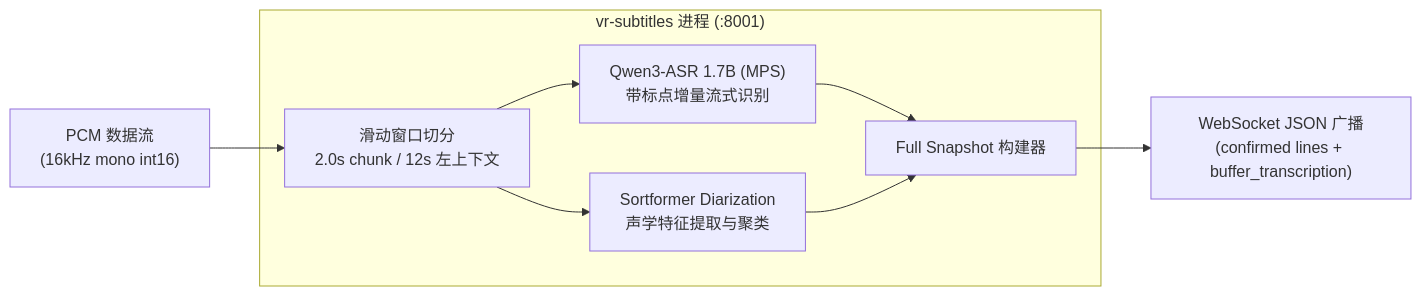
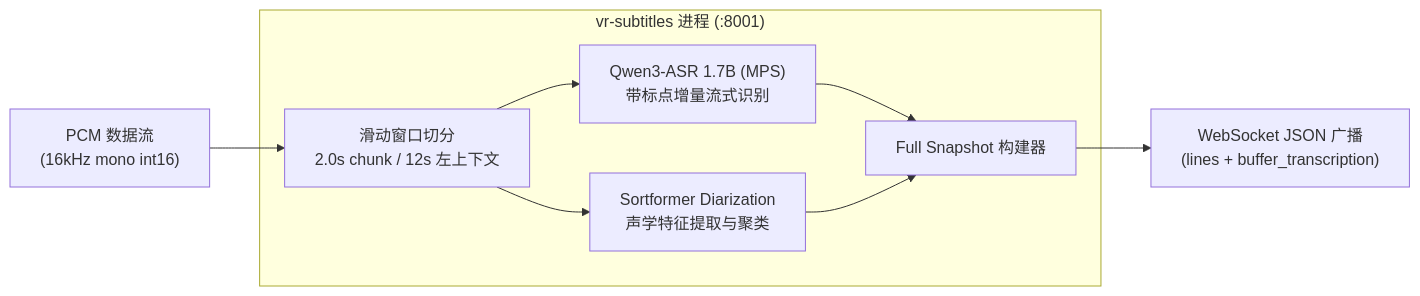
Before and after one commit to hrygo/voice-realtime: the eighth of 13 diagrams in docs/系统总体架构与详细设计方案.md, drawn with Mermaid. The commit also changed other lines of this file and 8 other files, not shown here.

Commit message:
docs(architecture): 审查校对系统总体架构方案并完善会议面板交互体验

````diff
--- a/docs/系统总体架构与详细设计方案.md
+++ b/docs/系统总体架构与详细设计方案.md
@@ -425,13 +429,13 @@
 ```mermaid
 flowchart LR
     AUDIO_IN["PCM 数据流<br/>(16kHz mono int16)"] --> SLIDE_WIN["滑动窗口切分<br/>2.0s chunk / 12s 左上下文"]
     
     subgraph VR_SUBTITLES["vr-subtitles 进程 (:8001)"]
         SLIDE_WIN --> QWEN_ASR["Qwen3-ASR 1.7B (MPS)<br/>带标点增量流式识别"]
         SLIDE_WIN --> SORTFORMER["Sortformer Diarization<br/>声学特征提取与聚类"]
         QWEN_ASR --> SNAP_BUILDER["Full Snapshot 构建器"]
         SORTFORMER --> SNAP_BUILDER
     end
 
-    SNAP_BUILDER --> WS_OUT["WebSocket JSON 广播<br/>(confirmed lines + buffer_transcription)"]
+    SNAP_BUILDER --> WS_OUT["WebSocket JSON 广播<br/>(lines + buffer_transcription)"]
 ```
````
